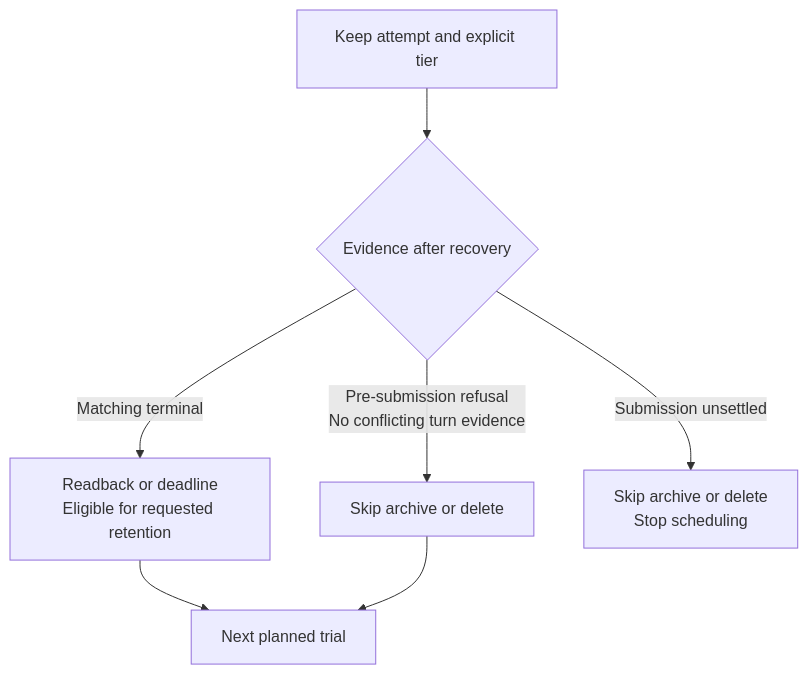
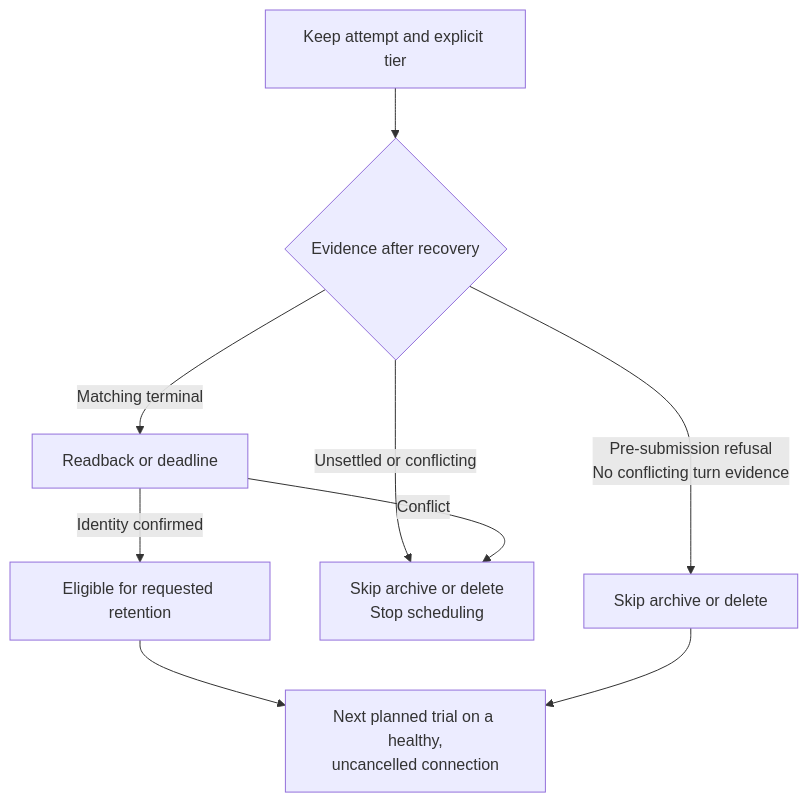
The diagram in docs/researches/research-2026-11-20-codex-benchmark-lifecycle-evidence.md (dev-pi2pie/cdx-chores), drawn with Mermaid before and after one commit. The commit also changed other lines of this file and 3 other files, not shown here.

````diff
--- a/docs/researches/research-2026-11-20-codex-benchmark-lifecycle-evidence.md
+++ b/docs/researches/research-2026-11-20-codex-benchmark-lifecycle-evidence.md
@@ -17,9 +17,11 @@
 ```mermaid
 flowchart TD
     A["Keep attempt and explicit tier"] --> B{"Evidence after recovery"}
-    B -->|"Matching terminal"| T["Readback or deadline<br/>Eligible for requested retention"]
+    B -->|"Matching terminal"| T["Readback or deadline"]
     B -->|"Pre-submission refusal<br/>No conflicting turn evidence"| R["Skip archive or delete"]
-    B -->|"Submission unsettled"| S["Skip archive or delete<br/>Stop scheduling"]
-    T --> N["Next planned trial"]
+    B -->|"Unsettled or conflicting"| S["Skip archive or delete<br/>Stop scheduling"]
+    T -->|"Identity confirmed"| E["Eligible for requested retention"]
+    T -->|"Conflict"| S
+    E --> N["Next planned trial on a healthy,<br/>uncancelled connection"]
     R --> N
 ```
````
